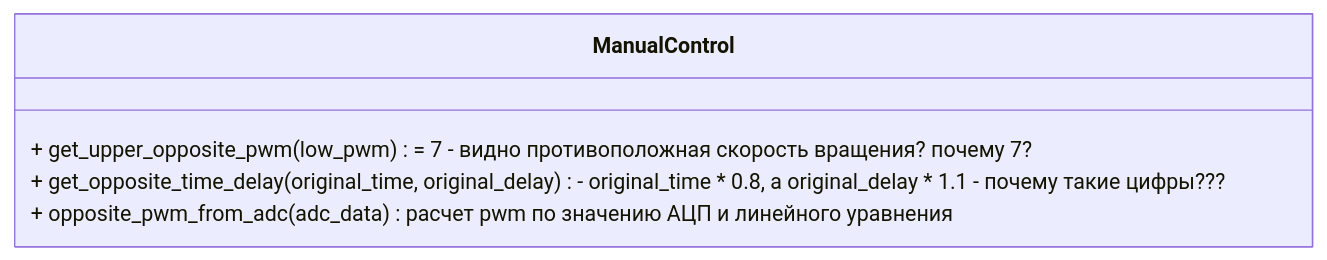
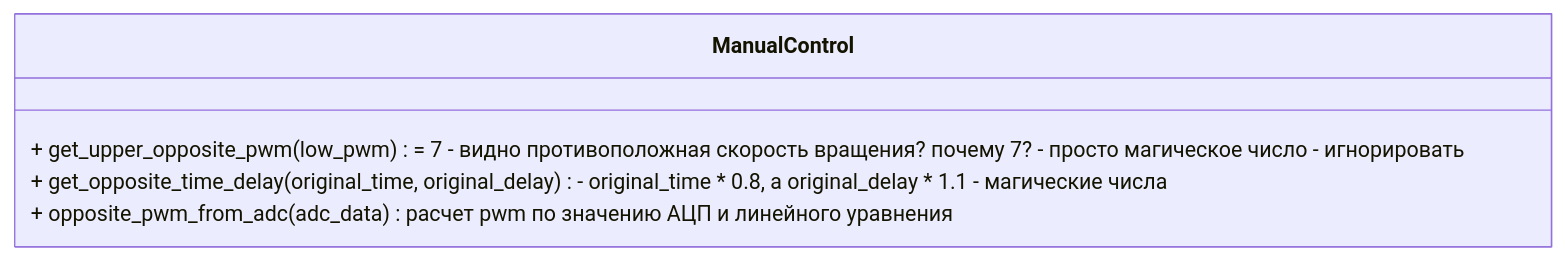
Before and after one commit to kosteleyyv/wiki_cybermed: the third of 3 diagrams in README.md, drawn with Mermaid. The commit also changed other lines of this file, not shown here.

````diff
--- a/README.md
+++ b/README.md
@@ -143,8 +140,8 @@
 ```mermaid
 classDiagram
 class ManualControl{
-   + get_upper_opposite_pwm(low_pwm) = 7 - видно противоположная скорость вращения? почему 7?
-   + get_opposite_time_delay(original_time, original_delay) - original_time * 0.8, а original_delay * 1.1 - почему такие цифры???
+   + get_upper_opposite_pwm(low_pwm) = 7 - видно противоположная скорость вращения? почему 7? - просто магическое число - игнорировать
+   + get_opposite_time_delay(original_time, original_delay) - original_time * 0.8, а original_delay * 1.1 - магические числа
    + opposite_pwm_from_adc(adc_data) расчет pwm по значению АЦП и линейного уравнения
 }
 ```
````
